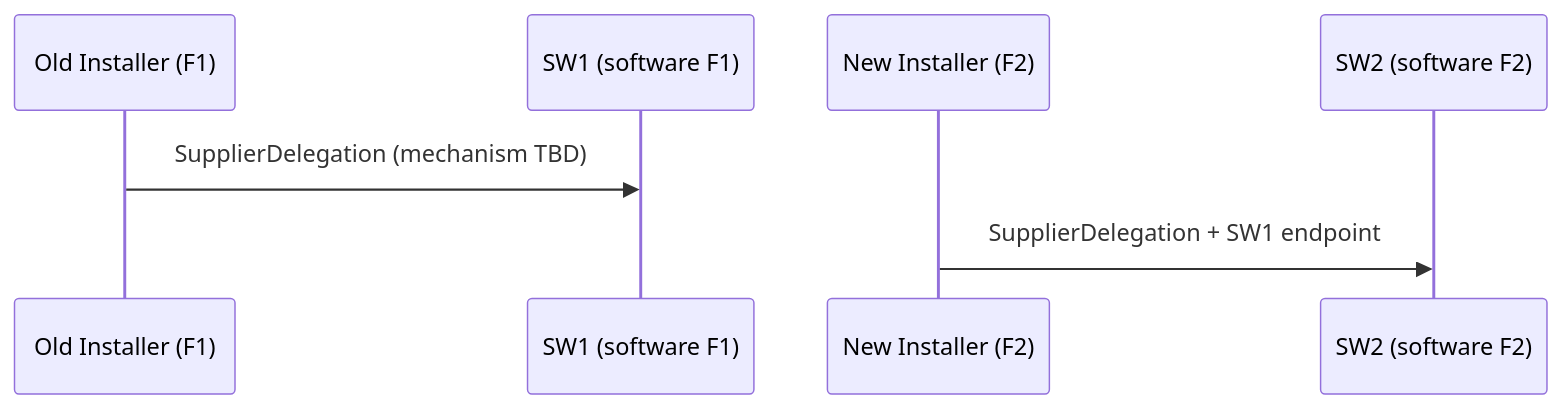
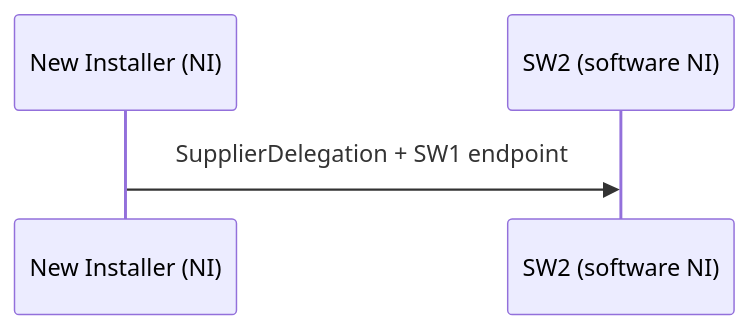
One commit to POORT8/Poort8.Docs changed the third of 4 diagrams in gir/digitaal-onderhoudsboekje-flow.md. Above: the diagram before and after it, drawn with Mermaid. The commit also changed other lines of this file, not shown here.

````diff
--- a/gir/digitaal-onderhoudsboekje-flow.md
+++ b/gir/digitaal-onderhoudsboekje-flow.md
@@ -298,10 +245,7 @@
 ```mermaid
 sequenceDiagram
-    participant F1 as Old Installer (F1)
-    participant SW1 as SW1 (software F1)
-    participant F2 as New Installer (F2)
-    participant SW2 as SW2 (software F2)
+    participant NI as New Installer (NI)
+    participant SW2 as SW2 (software NI)
 
-    F1->>SW1: SupplierDelegation (mechanism TBD)
-    F2->>SW2: SupplierDelegation + SW1 endpoint
+    NI->>SW2: SupplierDelegation + SW1 endpoint
 ```
````
